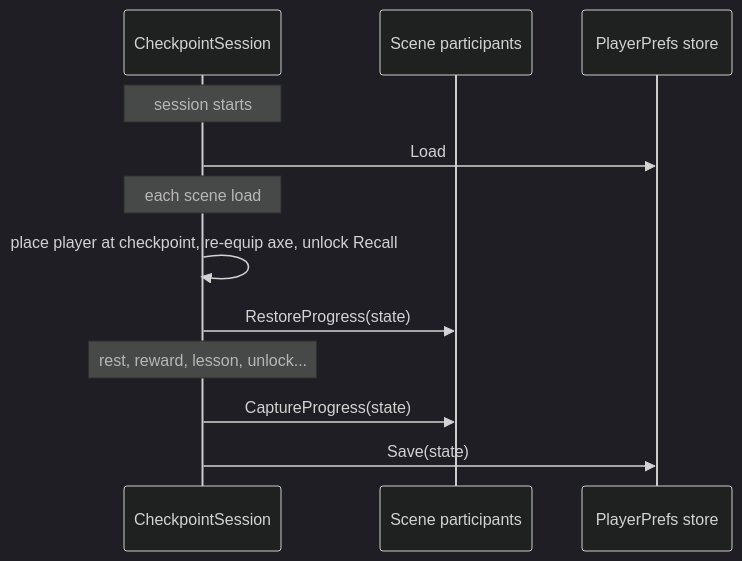
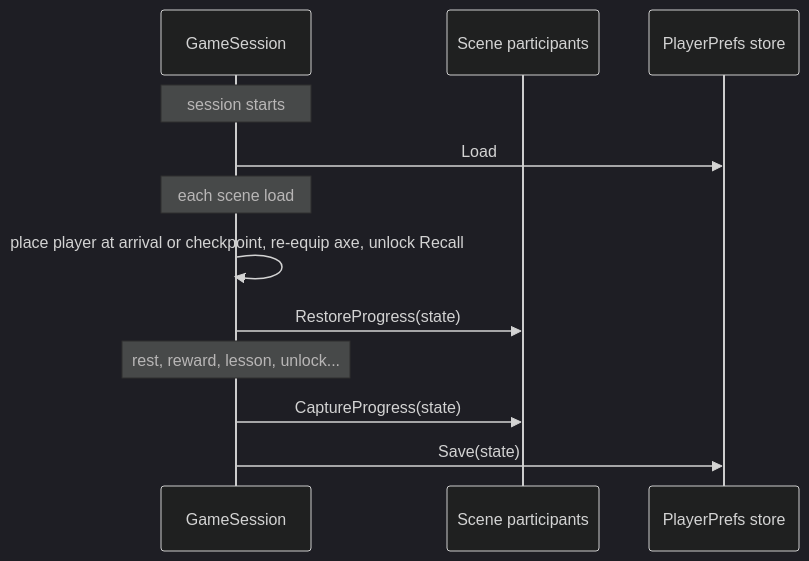
The fifth of 6 diagrams in Docs/SystemsOverview.md (Ronno7/RoadOfTheOldKing), drawn with Mermaid (dark theme) before and after one commit. The commit also changed other lines of this file and 347 other files, not shown here.

````diff
--- a/Docs/SystemsOverview.md
+++ b/Docs/SystemsOverview.md
@@ -260,14 +267,14 @@
 ```mermaid
 sequenceDiagram
-  participant S as CheckpointSession
+  participant S as GameSession
   participant P as Scene participants
   participant St as PlayerPrefs store
   Note over S: session starts
   S->>St: Load
   Note over S: each scene load
-  S->>S: place player at checkpoint, re-equip axe, unlock Recall
+  S->>S: place player at arrival or checkpoint, re-equip axe, unlock Recall
   S->>P: RestoreProgress(state)
   Note over S: rest, reward, lesson, unlock...
   S->>P: CaptureProgress(state)
   S->>St: Save(state)
 ```
````
